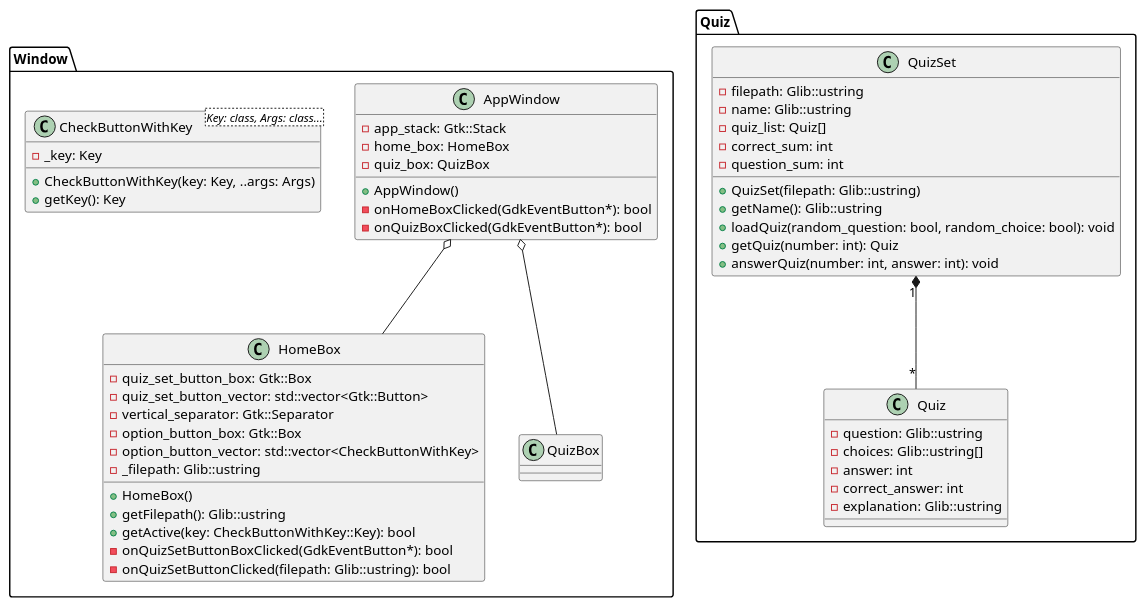
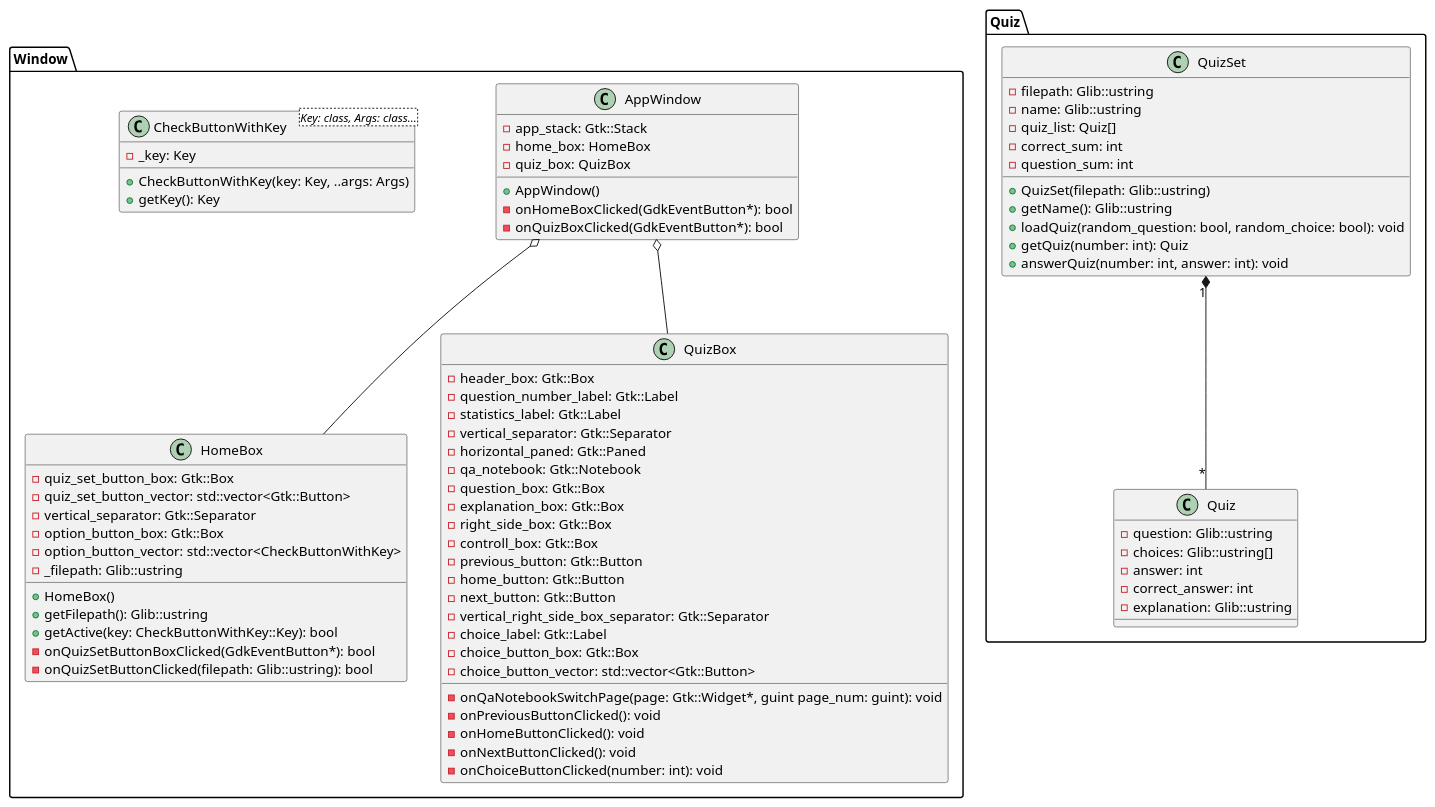
The diagram in design/class_diagram.plantuml (mikiya1130/Multiple_Choice_Quiz), drawn with PlantUML before and after one commit. The commit also changed 3 other files, not shown here.

```diff
--- a/design/class_diagram.plantuml
+++ b/design/class_diagram.plantuml
@@ -1,85 +1,91 @@
 @startuml class_diagram
 
 package "Window" {
     class AppWindow {
         - app_stack: Gtk::Stack
         - home_box: HomeBox
         - quiz_box: QuizBox
 
         + AppWindow()
         - onHomeBoxClicked(GdkEventButton*): bool
         - onQuizBoxClicked(GdkEventButton*): bool
     }
 
     class HomeBox {
         - quiz_set_button_box: Gtk::Box
         - quiz_set_button_vector: std::vector<Gtk::Button>
         - vertical_separator: Gtk::Separator
         - option_button_box: Gtk::Box
         - option_button_vector: std::vector<CheckButtonWithKey>
         - _filepath: Glib::ustring
 
         + HomeBox()
         + getFilepath(): Glib::ustring
         + getActive(key: CheckButtonWithKey::Key): bool
         - onQuizSetButtonBoxClicked(GdkEventButton*): bool
         - onQuizSetButtonClicked(filepath: Glib::ustring): bool
     }
 
     class QuizBox {
-        ' - header_box: Gtk::Box
-        ' - question_number_label: Gtk::Label
-        ' - statistics_label: Gtk::Label
-        ' - vertical_paned: Gtk::Paned
-        ' - qa_notebook: Gtk::Notebook
-        ' - question_label: Gtk::Label
-        ' - explanation_label: Gtk::Label
-        ' - previous_button: Gtk::Button
-        ' - home_button: Gtk::Button
-        ' - next_button: Gtk::Button
-        ' - choice_button_list: Gtk::Button[]
+        - header_box: Gtk::Box
+        - question_number_label: Gtk::Label
+        - statistics_label: Gtk::Label
+        - vertical_separator: Gtk::Separator
+        - horizontal_paned: Gtk::Paned
+        - qa_notebook: Gtk::Notebook
+        - question_box: Gtk::Box
+        - explanation_box: Gtk::Box
+        - right_side_box: Gtk::Box
+        - controll_box: Gtk::Box
+        - previous_button: Gtk::Button
+        - home_button: Gtk::Button
+        - next_button: Gtk::Button
+        - vertical_right_side_box_separator: Gtk::Separator
+        - choice_label: Gtk::Label
+        - choice_button_box: Gtk::Box
+        - choice_button_vector: std::vector<Gtk::Button>
 
-        ' - onQaNotebookSwitchPage(page: Gtk::Widget*, guint page_num: guint): void
-        ' - onPreviousButtonClicked(): void
-        ' - onHomeButtonClicked(): void
-        ' - onNextButtonClicked(): void
-        ' - onChoiceButtonClicked(number: int): void
+        - onQaNotebookSwitchPage(page: Gtk::Widget*, guint page_num: guint): void
+        - onPreviousButtonClicked(): void
+        - onHomeButtonClicked(): void
+        - onNextButtonClicked(): void
+        - onChoiceButtonClicked(number: int): void
     }
 
     class CheckButtonWithKey<Key: class, Args: class...> {
         - _key: Key
         + CheckButtonWithKey(key: Key, ..args: Args)
         + getKey(): Key
     }
 
     AppWindow o-- HomeBox
     AppWindow o-- QuizBox
 }
 
 package "Quiz" {
     class QuizSet {
         - filepath: Glib::ustring
         - name: Glib::ustring
         - quiz_list: Quiz[]
         - correct_sum: int
         - question_sum: int
 
         + QuizSet(filepath: Glib::ustring)
         + getName(): Glib::ustring
         + loadQuiz(random_question: bool, random_choice: bool): void
         + getQuiz(number: int): Quiz
         + answerQuiz(number: int, answer: int): void
     }
 
     class Quiz {
         - question: Glib::ustring
         - choices: Glib::ustring[]
         - answer: int
         - correct_answer: int
         - explanation: Glib::ustring
     }
 
     QuizSet "1" *-- "*" Quiz
 }
 
 @enduml
```
